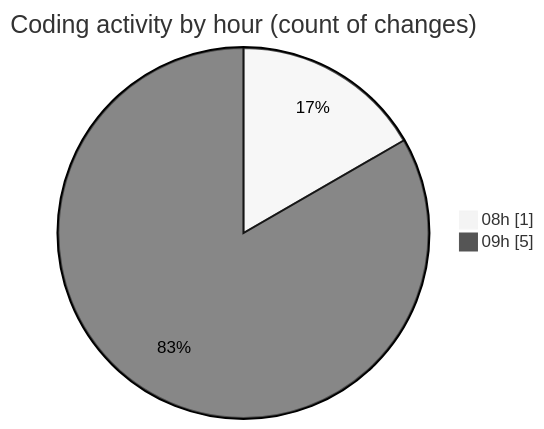
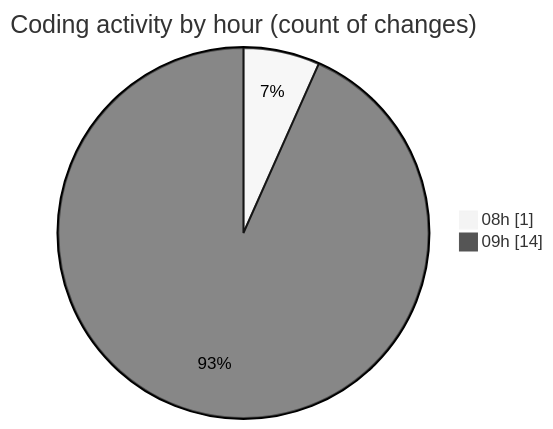
One commit to ricardozamudiocil/code-tracking changed the second of 2 diagrams in 2026-05-20/cilapp/README.md. Above: the diagram before and after it, drawn with Mermaid (neutral theme). The commit also changed other lines of this file and 1 other file, not shown here.

````diff
--- a/2026-05-20/cilapp/README.md
+++ b/2026-05-20/cilapp/README.md
@@ -30,6 +32,6 @@
 ```mermaid
 pie showData
 title Coding activity by hour (count of changes)
 "08h" : 1
-"09h" : 5
+"09h" : 14
 ```
````
